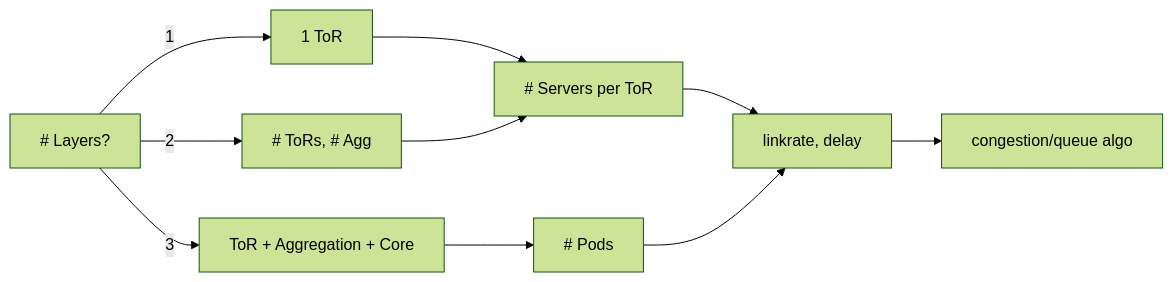
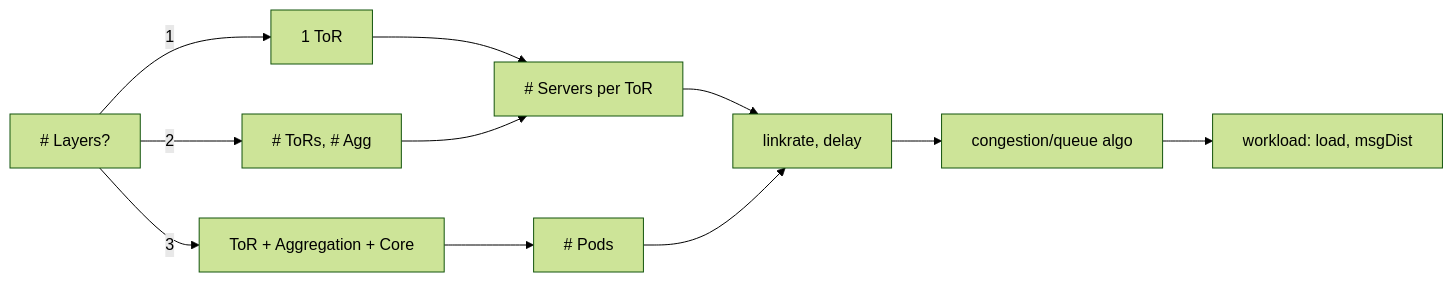
Before and after one commit to jamsamjam/nal-project: the diagram in README.md, drawn with Mermaid (forest theme). The commit also changed other lines of this file, not shown here.

````diff
--- a/README.md
+++ b/README.md
@@ -6,17 +6,18 @@
 ```mermaid
 flowchart LR
 
     A[# Layers?]
 
     A -->|1| L1[1 ToR]
     L1 --> L1S[# Servers per ToR]
     L1S --> D[linkrate, delay]
     D --> C[congestion/queue algo]
+    C --> W[workload: load, msgDist]
 
     A -->|2| L2[# ToRs, # Agg]
     L2 --> L1S
 
     A -->|3| L3[ToR + Aggregation + Core]
     L3 --> L3N[# Pods]
     L3N --> D
 ```
````
